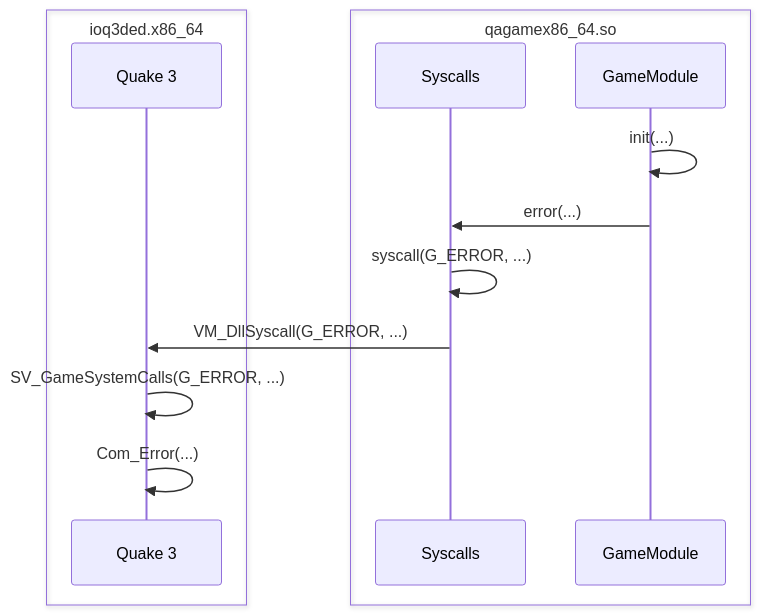
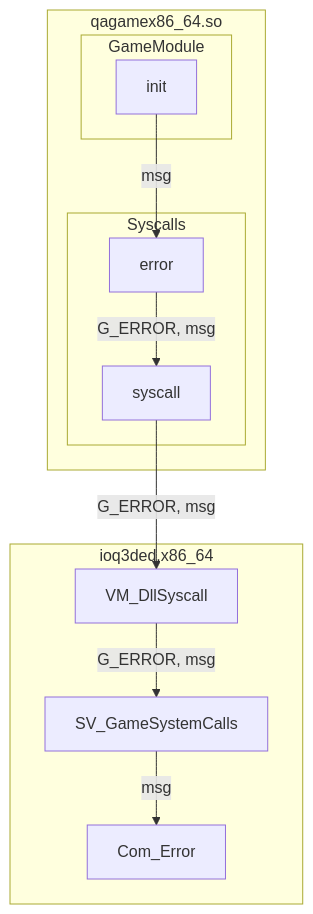
One commit to robo9k/quake3-native-vm changed the diagram in docs/module-call-quake3.mermaid. Above: the diagram before and after it, drawn with Mermaid. The commit also changed 2 other files, not shown here.

Commit message:
Replace sequence diagrams with flow charts

```diff
--- a/docs/module-call-quake3.mermaid
+++ b/docs/module-call-quake3.mermaid
@@ -1,15 +1,15 @@
-sequenceDiagram
-    box ioq3ded.x86_64
-        participant q3 as Quake 3
+flowchart TB
+    subgraph qagamex86_64.so
+        subgraph GameModule
+            init
+        end
+        subgraph Syscalls
+            init -- "msg" --> error
+            error -- "G_ERROR, msg" --> syscall
+        end
     end
-    box qagamex86_64.so
-        participant m as Syscalls
-        participant s as GameModule
+    subgraph ioq3ded.x86_64
+        syscall -- "G_ERROR, msg" --> VM_DllSyscall
+        VM_DllSyscall -- "G_ERROR, msg" --> SV_GameSystemCalls
+        SV_GameSystemCalls -- "msg" --> Com_Error
     end
-
-    s->>s: init(...)
-    s->>m: error(...)
-    m->>m: syscall(G_ERROR, ...)
-    m->>q3: VM_DllSyscall(G_ERROR, ...)
-    q3->>q3: SV_GameSystemCalls(G_ERROR, ...)
-    q3->>q3: Com_Error(...)
```
